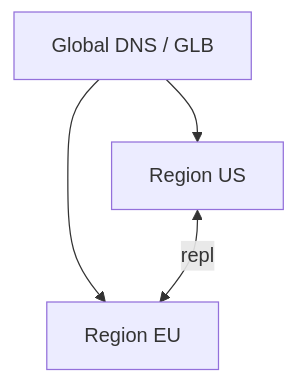
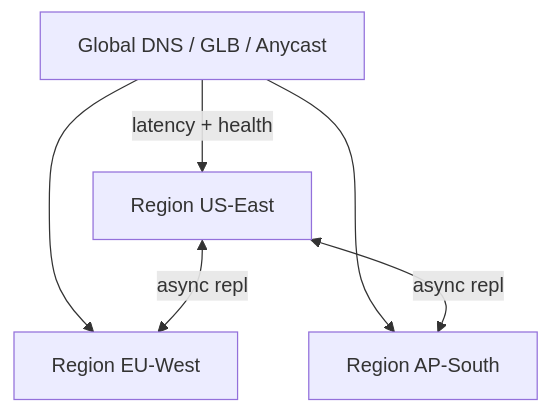
One commit to hareramcse/SystemDesign changed the ninth of 51 diagrams in 11-cloud-and-kubernetes/README.md. Above: the diagram before and after it, drawn with Mermaid. The commit also changed other lines of this file and 11 other files, not shown here.

````diff
--- a/11-cloud-and-kubernetes/README.md
+++ b/11-cloud-and-kubernetes/README.md
@@ -446,7 +459,9 @@
 ```mermaid
 flowchart TB
-    GLB[Global DNS / GLB]
-    GLB --> US[Region US]
-    GLB --> EU[Region EU]
-    US <-->|repl| EU
+    GLB[Global DNS / GLB / Anycast]
+    GLB -->|latency + health| US[Region US-East]
+    GLB --> EU[Region EU-West]
+    GLB --> AP[Region AP-South]
+    US <-->|async repl| EU
+    US <-->|async repl| AP
 ```
````
